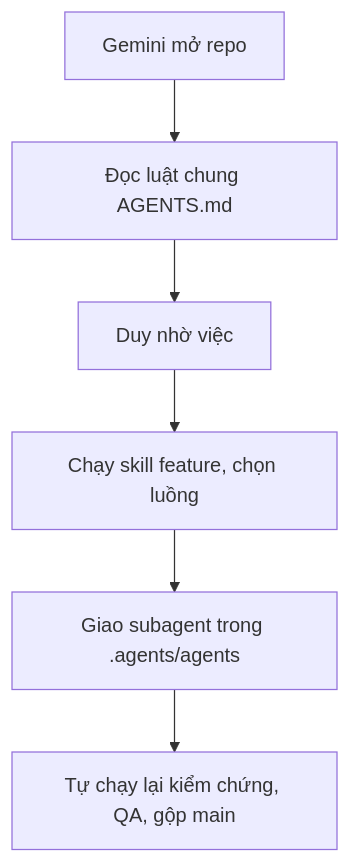
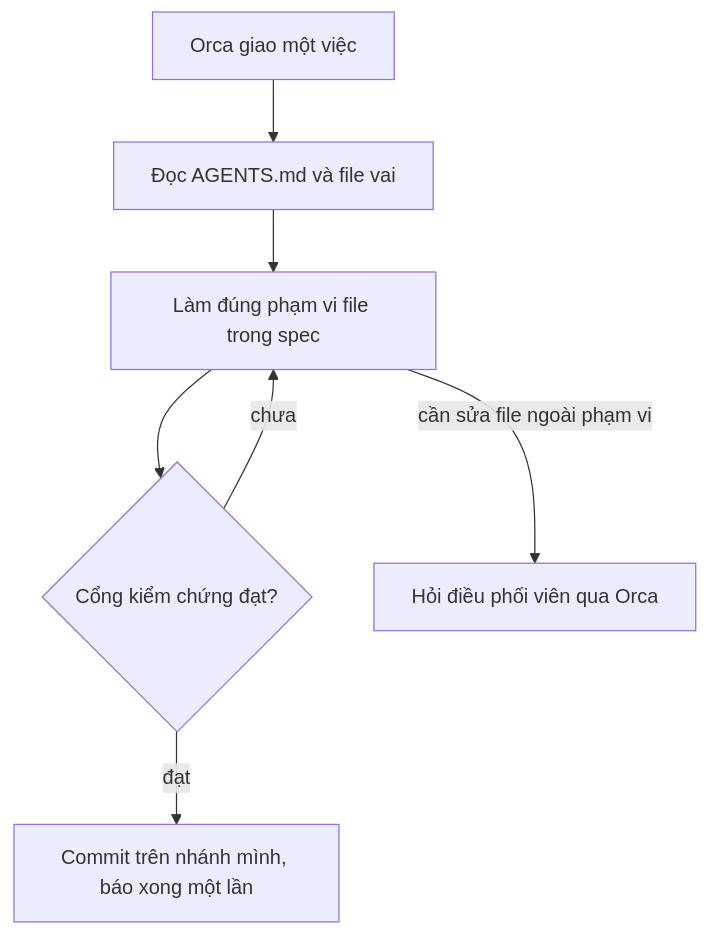
Before and after one commit to DuyduyFedev46/fish: the diagram in GEMINI.md, drawn with Mermaid. The commit also changed other lines of this file and 28 other files, not shown here.

First line of the commit message:
Điều phối qua Orca: Opus 5.5 điều phối duy nhất, mọi vai là worker Gemini 4 Carbon (Duy 24/11)

````diff
--- a/GEMINI.md
+++ b/GEMINI.md
@@ -3,8 +3,9 @@
 ```mermaid
 flowchart TD
-  A["Gemini mở repo"] --> B["Đọc luật chung AGENTS.md"]
-  B --> C["Duy nhờ việc"]
-  C --> D["Chạy skill feature, chọn luồng"]
-  D --> E["Giao subagent trong .agents/agents"]
-  E --> F["Tự chạy lại kiểm chứng, QA, gộp main"]
+  A["Orca giao một việc"] --> B["Đọc AGENTS.md và file vai"]
+  B --> C["Làm đúng phạm vi file trong spec"]
+  C --> D{"Cổng kiểm chứng đạt?"}
+  D -- "chưa" --> C
+  D -- "đạt" --> E["Commit trên nhánh mình, báo xong một lần"]
+  C -- "cần sửa file ngoài phạm vi" --> F["Hỏi điều phối viên qua Orca"]
 ```
````
